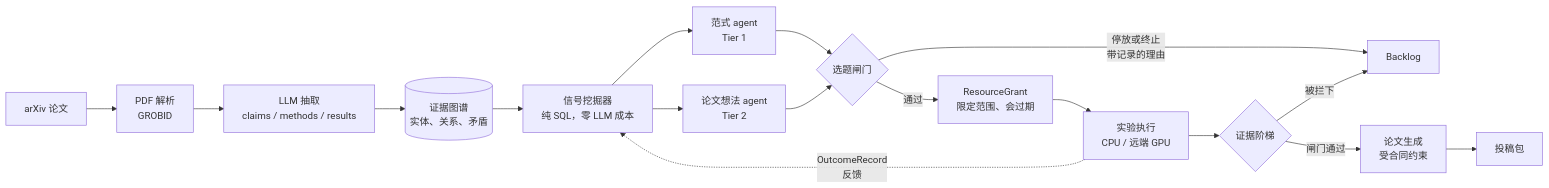
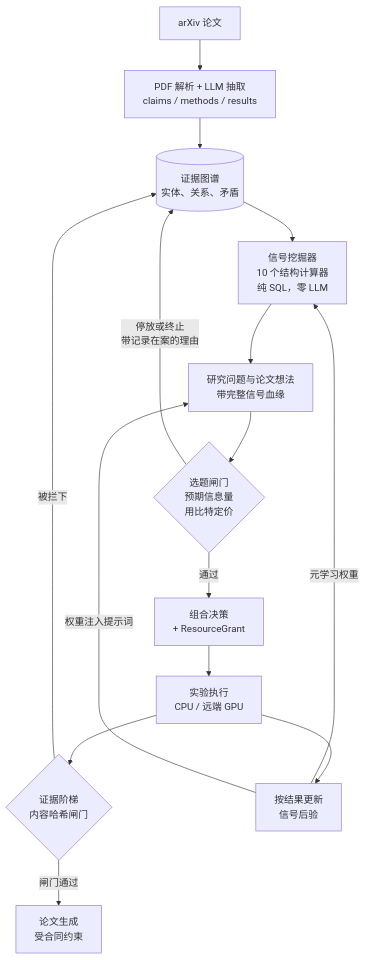
The first of 4 diagrams in README.zh-CN.md (billion-token-one-task/Deepgraph), drawn with Mermaid before and after one commit. The commit also changed other lines of this file and 3 other files, not shown here.

````diff
--- a/README.zh-CN.md
+++ b/README.zh-CN.md
@@ -46,19 +47,17 @@
 ```mermaid
-flowchart LR
-  A["arXiv 论文"] --> B["PDF 解析<br/>GROBID"]
-  B --> C["LLM 抽取<br/>claims / methods / results"]
-  C --> D[("证据图谱<br/>实体、关系、矛盾")]
-  D --> E["信号挖掘器<br/>纯 SQL，零 LLM 成本"]
-  E --> F["范式 agent<br/>Tier 1"]
-  E --> G["论文想法 agent<br/>Tier 2"]
-  F --> H{"选题闸门"}
-  G --> H
-  H -->|"通过"| I["ResourceGrant<br/>限定范围、会过期"]
-  H -->|"停放或终止<br/>带记录的理由"| Z["Backlog"]
-  I --> J["实验执行<br/>CPU / 远端 GPU"]
-  J --> K{"证据阶梯"}
-  K -->|"闸门通过"| L["论文生成<br/>受合同约束"]
-  K -->|"被拦下"| Z
-  L --> M["投稿包"]
-  J -.->|"OutcomeRecord<br/>反馈"| E
+flowchart TB
+  A["arXiv 论文"] --> B["PDF 解析 + LLM 抽取<br/>claims / methods / results"]
+  B --> C[("证据图谱<br/>实体、关系、矛盾")]
+  C --> D["信号挖掘器<br/>10 个结构计算器<br/>纯 SQL，零 LLM"]
+  D --> E["研究问题与论文想法<br/>带完整信号血缘"]
+  E --> F{"选题闸门<br/>预期信息量<br/>用比特定价"}
+  F -->|"停放或终止<br/>带记录在案的理由"| C
+  F -->|"通过"| G["组合决策<br/>+ ResourceGrant"]
+  G --> H["实验执行<br/>CPU / 远端 GPU"]
+  H --> I{"证据阶梯<br/>内容哈希闸门"}
+  I -->|"闸门通过"| J["论文生成<br/>受合同约束"]
+  I -->|"被拦下"| C
+  H --> K["按结果更新<br/>信号后验"]
+  K -->|"元学习权重"| D
+  K -->|"权重注入提示词"| E
 ```
````
